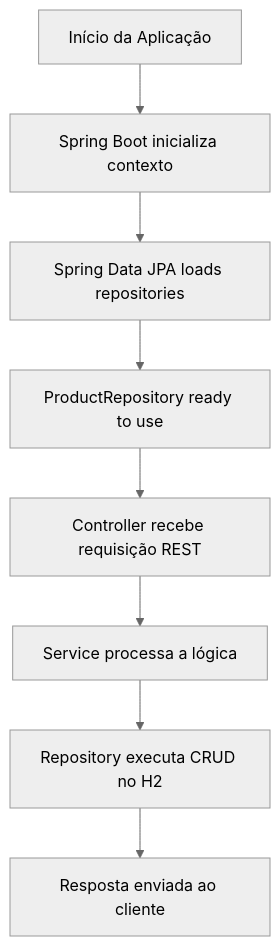
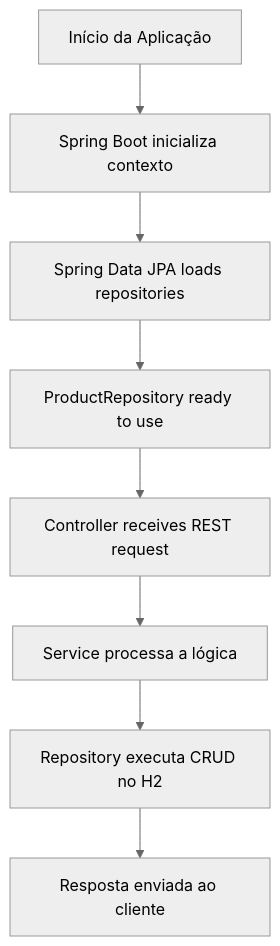
One commit to KleberVales/spring-data-jpa-demo changed the diagram in README.md. Above: the diagram before and after it, drawn with Mermaid (neutral theme).

````diff
--- a/README.md
+++ b/README.md
@@ -92,10 +92,10 @@
 ```mermaid
 flowchart TD
     A[Início da Aplicação] --> B[Spring Boot inicializa contexto]
     B --> C[Spring Data JPA loads repositories]
     C --> D[ProductRepository ready to use]
-    D --> E[Controller recebe requisição REST]
+    D --> E[Controller receives REST request]
     E --> F[Service processa a lógica]
     F --> G[Repository executa CRUD no H2]
     G --> H[Resposta enviada ao cliente]
 ```
````
